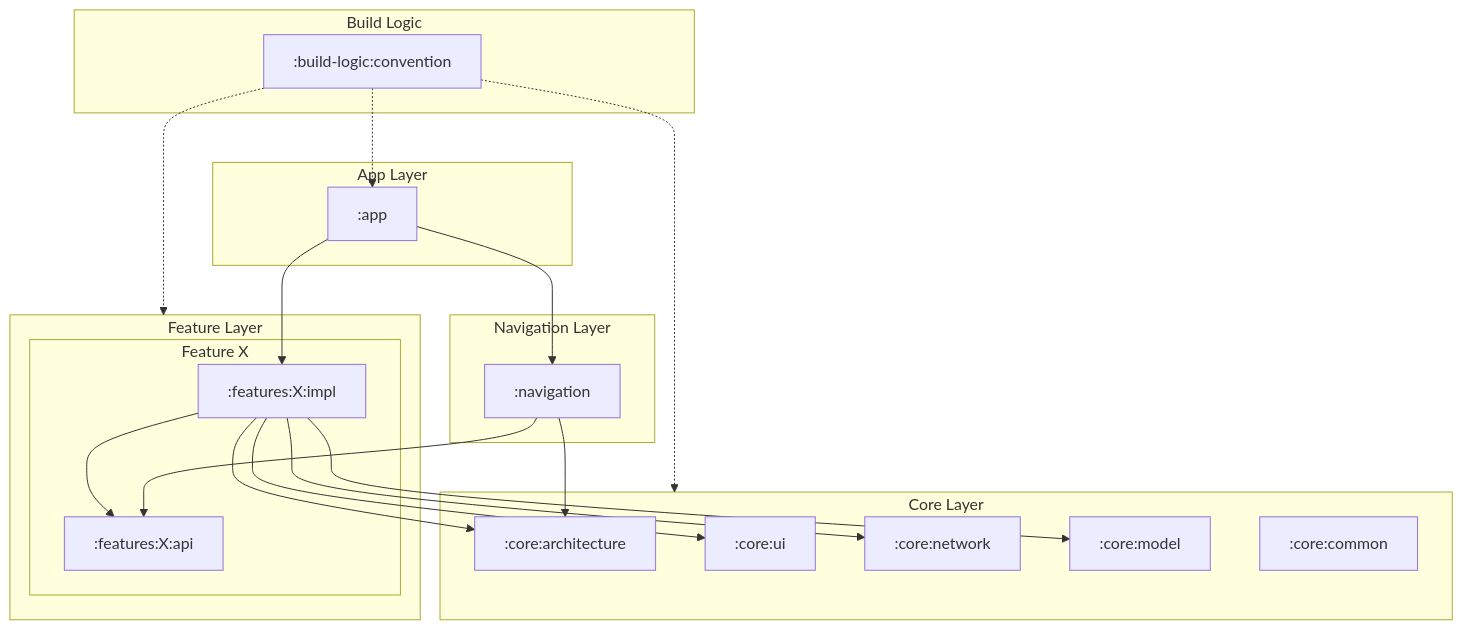
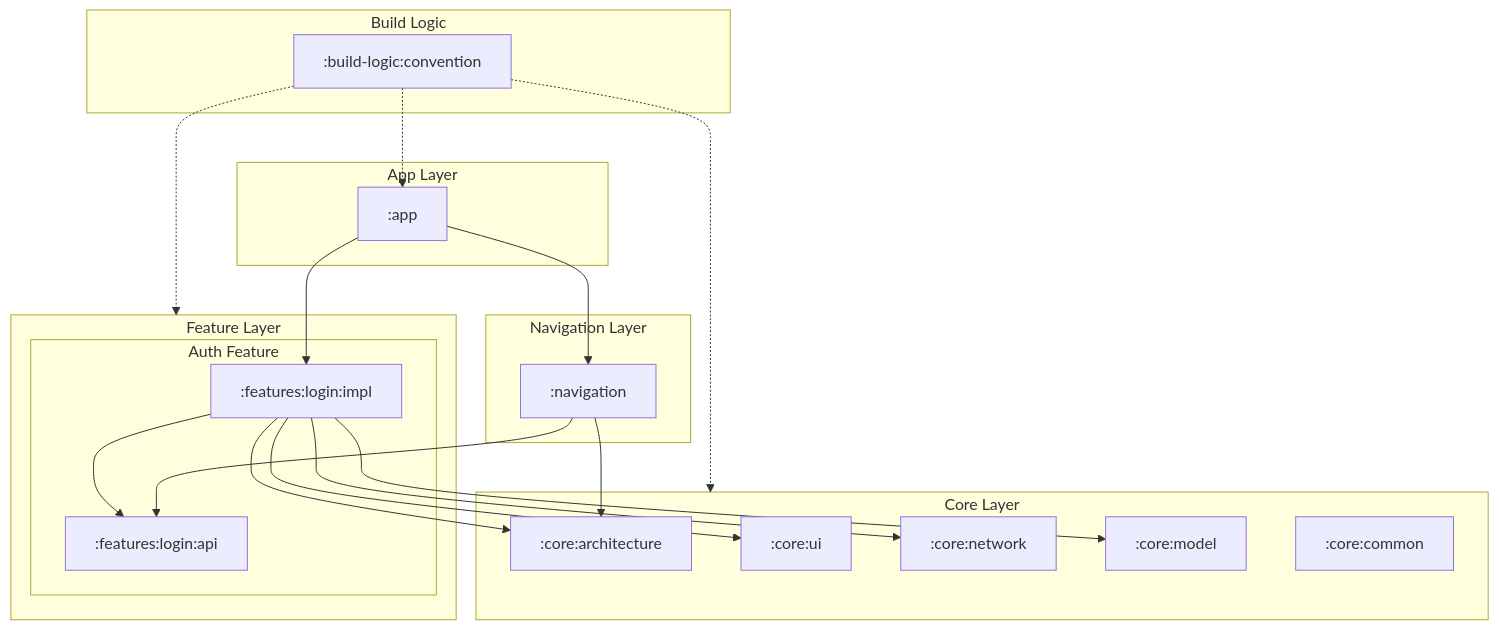
The second of 2 diagrams in README.md (muharifandi/compose-mvi), drawn with Mermaid before and after one commit. The commit also changed other lines of this file and 1 other file, not shown here.

````diff
--- a/README.md
+++ b/README.md
@@ -66,47 +49,47 @@
 ```mermaid
 graph TD
     subgraph App_Layer [App Layer]
         APP[":app"]
     end
 
     subgraph Navigation_Layer [Navigation Layer]
         NAV[":navigation"]
     end
 
     subgraph Feature_Layer [Feature Layer]
-        subgraph Feature_X [Feature X]
-            FX_API[":features:X:api"]
-            FX_IMPL[":features:X:impl"]
+        subgraph Feature_Auth [Auth Feature]
+            AUTH_API[":features:login:api"]
+            AUTH_IMPL[":features:login:impl"]
         end
     end
 
     subgraph Core_Layer [Core Layer]
         CORE_ARC[":core:architecture"]
         CORE_UI[":core:ui"]
         CORE_NET[":core:network"]
         CORE_MOD[":core:model"]
         CORE_COM[":core:common"]
     end
 
     subgraph Build_Logic [Build Logic]
         CONV[":build-logic:convention"]
     end
 
     %% Dependencies
-    APP --> FX_IMPL
+    APP --> AUTH_IMPL
     APP --> NAV
 
-    FX_IMPL --> FX_API
-    FX_IMPL --> CORE_ARC
-    FX_IMPL --> CORE_UI
-    FX_IMPL --> CORE_NET
-    FX_IMPL --> CORE_MOD
+    AUTH_IMPL --> AUTH_API
+    AUTH_IMPL --> CORE_ARC
+    AUTH_IMPL --> CORE_UI
+    AUTH_IMPL --> CORE_NET
+    AUTH_IMPL --> CORE_MOD
 
-    NAV --> FX_API
+    NAV --> AUTH_API
     NAV --> CORE_ARC
 
     %% Build logic applied (Simplified)
     CONV -.-> APP
     CONV -.-> Feature_Layer
     CONV -.-> Core_Layer
 ```
````
